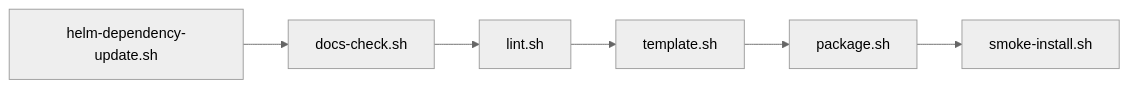
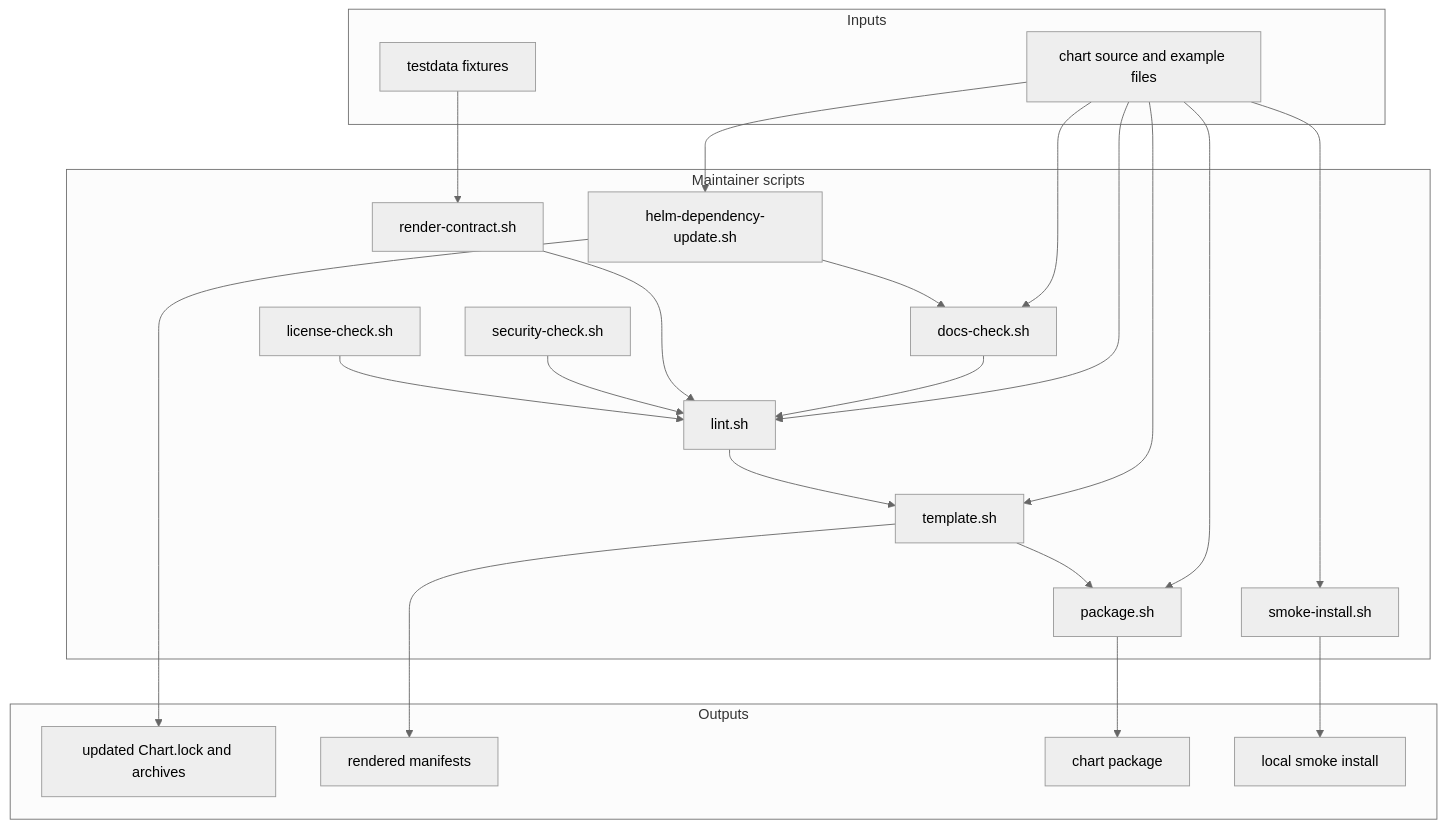
Before and after one commit to sanger-pathogens/dlh-in-a-box-umbrella-helm-chart: the diagram in hack/README.md, drawn with Mermaid (neutral theme). The commit also changed other lines of this file and 34 other files, not shown here.

Commit message:
docs: expand repo guides and add umbrella chart manual

````diff
--- a/hack/README.md
+++ b/hack/README.md
@@ -6,8 +16,45 @@
 ```mermaid
-flowchart LR
-  Deps[helm-dependency-update.sh] --> Docs[docs-check.sh]
-  Docs --> Lint[lint.sh]
-  Lint --> Template[template.sh]
-  Template --> Package[package.sh]
-  Package --> Smoke[smoke-install.sh]
+flowchart TD
+  subgraph Inputs["Inputs"]
+    Source[chart source and example files]
+    TestData[testdata fixtures]
+  end
+
+  subgraph Checks["Maintainer scripts"]
+    Deps[helm-dependency-update.sh]
+    Docs[docs-check.sh]
+    Contract[render-contract.sh]
+    Security[security-check.sh]
+    License[license-check.sh]
+    Lint[lint.sh]
+    Template[template.sh]
+    Package[package.sh]
+    Smoke[smoke-install.sh]
+  end
+
+  subgraph Outputs["Outputs"]
+    Lockfiles[updated Chart.lock and archives]
+    Rendered[rendered manifests]
+    PackageOut[chart package]
+    SmokeRun[local smoke install]
+  end
+
+  Source --> Deps
+  Source --> Docs
+  Source --> Lint
+  Source --> Template
+  Source --> Package
+  Source --> Smoke
+  TestData --> Contract
+  Deps --> Lockfiles
+  Deps --> Docs
+  Docs --> Lint
+  Contract --> Lint
+  Security --> Lint
+  License --> Lint
+  Lint --> Template
+  Template --> Rendered
+  Template --> Package
+  Package --> PackageOut
+  Smoke --> SmokeRun
 ```
````
